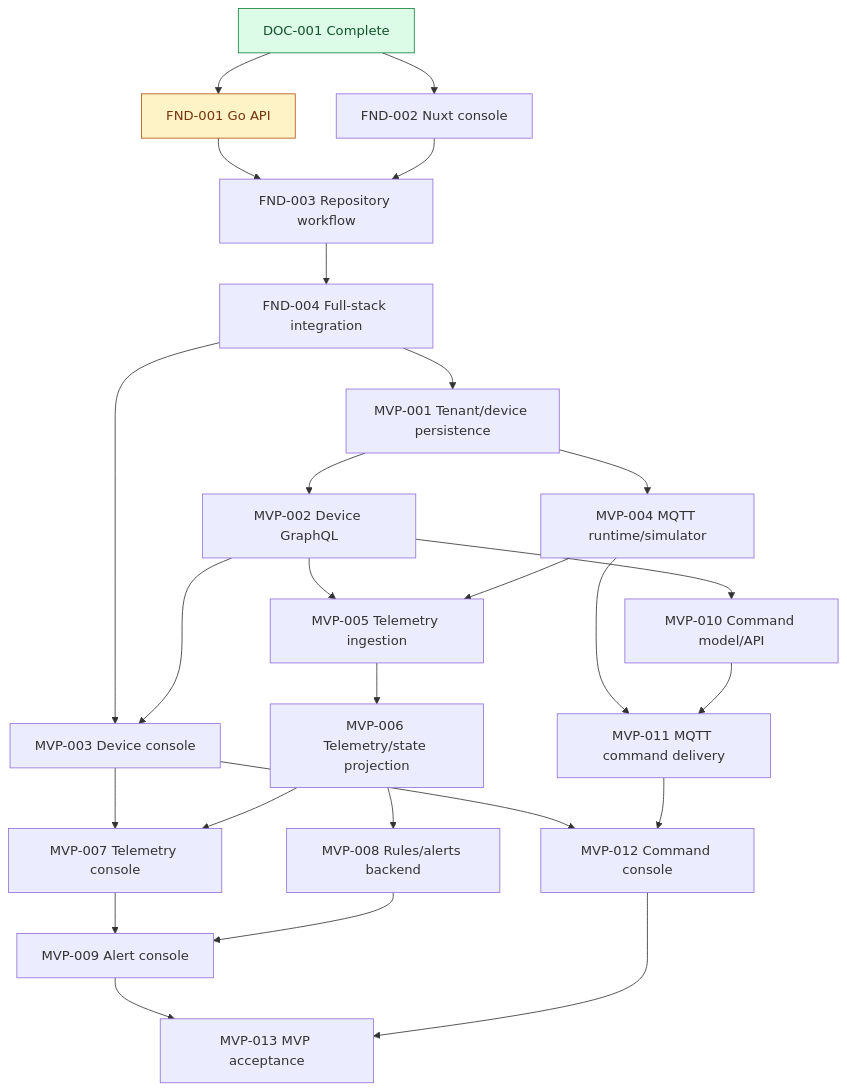
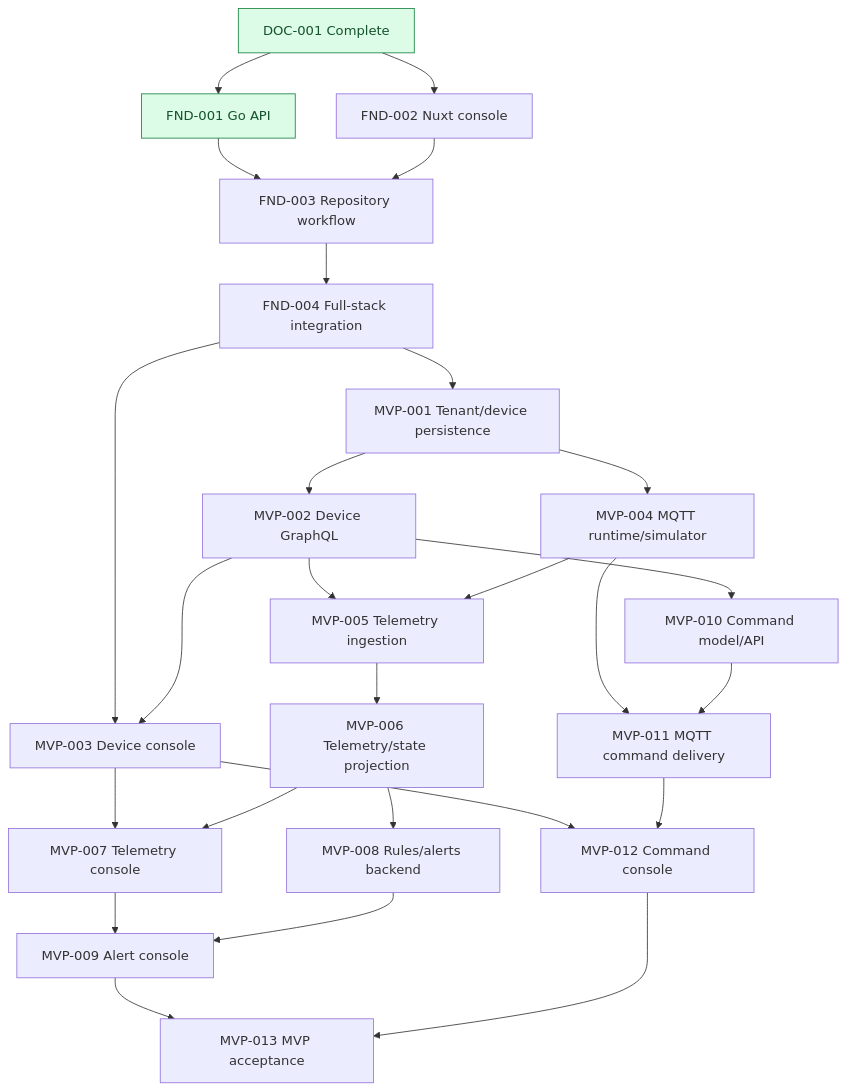
Before and after one commit to methat-ruk/pulsegrid: the second of 2 diagrams in docs/roadmap/roadmap.md, drawn with Mermaid. The commit also changed other lines of this file and 6 other files, not shown here.

Commit message:
fix: close FND-001 review findings

````diff
--- a/docs/roadmap/roadmap.md
+++ b/docs/roadmap/roadmap.md
@@ -49,38 +49,37 @@
 ```mermaid
 flowchart TD
     DOC001[DOC-001 Complete] --> FND001[FND-001 Go API]
     DOC001 --> FND002[FND-002 Nuxt console]
     FND001 --> FND003[FND-003 Repository workflow]
     FND002 --> FND003
     FND003 --> FND004[FND-004 Full-stack integration]
 
     FND004 --> MVP001[MVP-001 Tenant/device persistence]
     MVP001 --> MVP002[MVP-002 Device GraphQL]
     FND004 --> MVP003[MVP-003 Device console]
     MVP002 --> MVP003
 
     MVP001 --> MVP004[MVP-004 MQTT runtime/simulator]
     MVP002 --> MVP005[MVP-005 Telemetry ingestion]
     MVP004 --> MVP005
     MVP005 --> MVP006[MVP-006 Telemetry/state projection]
     MVP003 --> MVP007[MVP-007 Telemetry console]
     MVP006 --> MVP007
 
     MVP006 --> MVP008[MVP-008 Rules/alerts backend]
     MVP007 --> MVP009[MVP-009 Alert console]
     MVP008 --> MVP009
 
     MVP002 --> MVP010[MVP-010 Command model/API]
     MVP004 --> MVP011[MVP-011 MQTT command delivery]
     MVP010 --> MVP011
     MVP003 --> MVP012[MVP-012 Command console]
     MVP011 --> MVP012
 
     MVP009 --> MVP013[MVP-013 MVP acceptance]
     MVP012 --> MVP013
 
     classDef complete fill:#DCFCE7,stroke:#15803D,color:#14532D;
-    classDef review fill:#FEF3C7,stroke:#B45309,color:#78350F;
     class DOC001 complete;
-    class FND001 review;
+    class FND001 complete;
 ```
````
